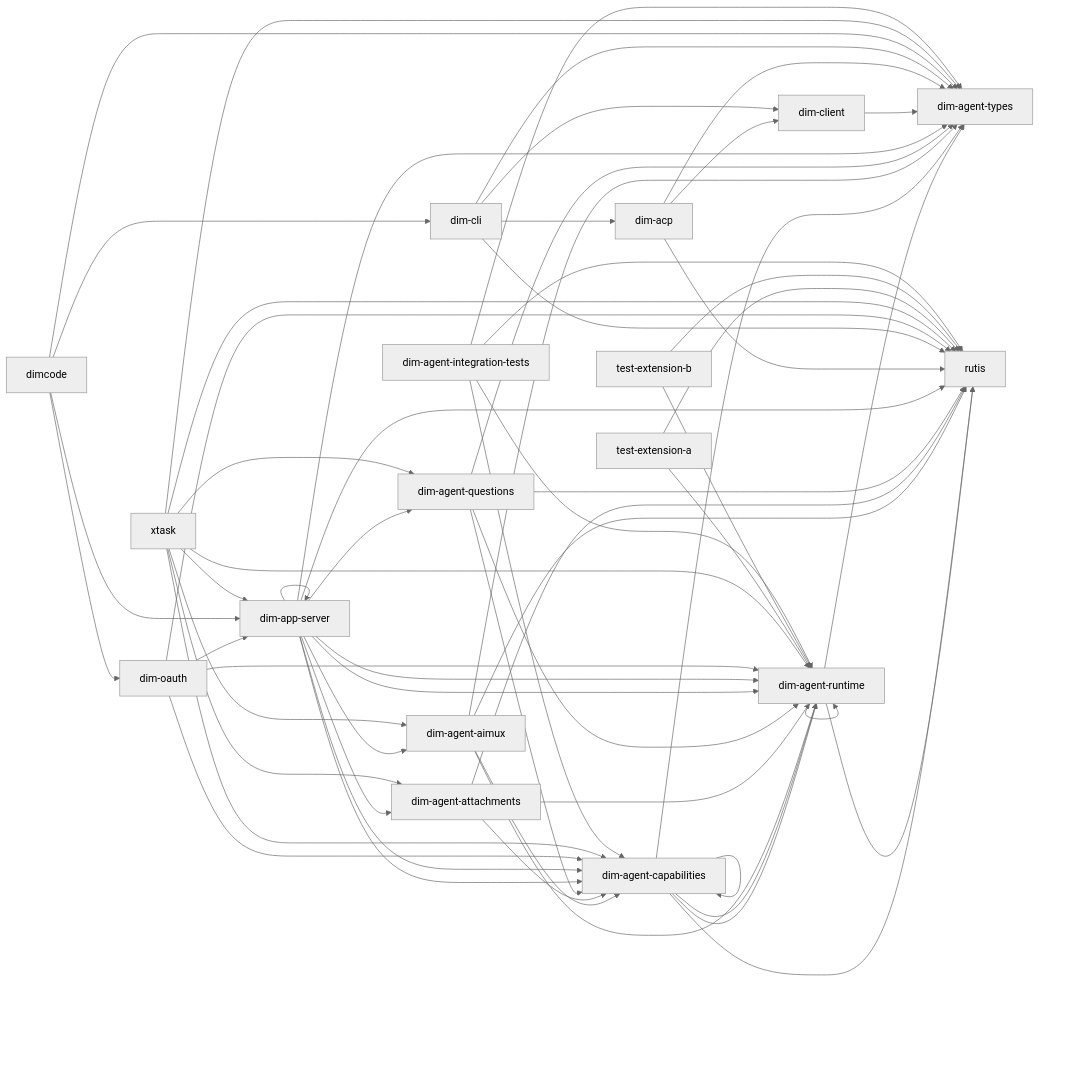
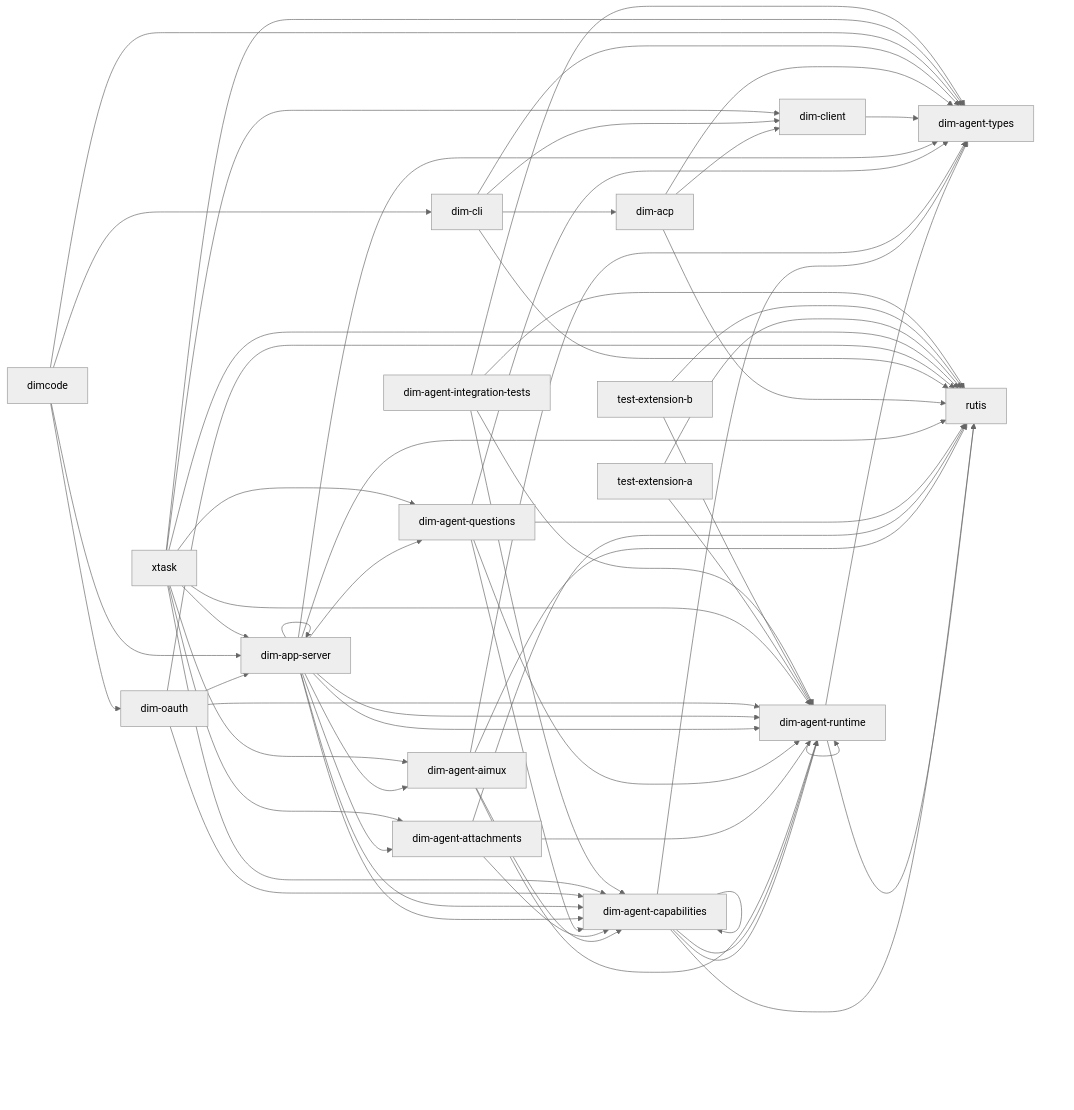
Before and after one commit to CoutinhoTTS/dim-agent: the diagram in docs/architecture/rust-agent/generated/crates.mmd, drawn with Mermaid (neutral theme). The commit also changed 10 other files, not shown here.

```diff
--- a/docs/architecture/rust-agent/generated/crates.mmd
+++ b/docs/architecture/rust-agent/generated/crates.mmd
@@ -1,63 +1,64 @@
 %% Generated from cargo metadata; do not edit.
 flowchart LR
   dim_agent_runtime["dim-agent-runtime"] --> dim_agent_types["dim-agent-types"]
   dim_agent_runtime["dim-agent-runtime"] --> rutis["rutis"]
   dim_agent_runtime["dim-agent-runtime"] --> dim_agent_runtime["dim-agent-runtime"]
   dim_agent_capabilities["dim-agent-capabilities"] --> dim_agent_runtime["dim-agent-runtime"]
   dim_agent_capabilities["dim-agent-capabilities"] --> dim_agent_types["dim-agent-types"]
   dim_agent_capabilities["dim-agent-capabilities"] --> rutis["rutis"]
   dim_agent_capabilities["dim-agent-capabilities"] --> dim_agent_capabilities["dim-agent-capabilities"]
   dim_agent_capabilities["dim-agent-capabilities"] --> dim_agent_runtime["dim-agent-runtime"]
   dim_agent_aimux["dim-agent-aimux"] --> dim_agent_capabilities["dim-agent-capabilities"]
   dim_agent_aimux["dim-agent-aimux"] --> dim_agent_runtime["dim-agent-runtime"]
   dim_agent_aimux["dim-agent-aimux"] --> dim_agent_types["dim-agent-types"]
   dim_agent_aimux["dim-agent-aimux"] --> rutis["rutis"]
   dim_agent_attachments["dim-agent-attachments"] --> dim_agent_capabilities["dim-agent-capabilities"]
   dim_agent_attachments["dim-agent-attachments"] --> dim_agent_runtime["dim-agent-runtime"]
   dim_agent_attachments["dim-agent-attachments"] --> rutis["rutis"]
   dim_agent_questions["dim-agent-questions"] --> dim_agent_capabilities["dim-agent-capabilities"]
   dim_agent_questions["dim-agent-questions"] --> dim_agent_runtime["dim-agent-runtime"]
   dim_agent_questions["dim-agent-questions"] --> dim_agent_types["dim-agent-types"]
   dim_agent_questions["dim-agent-questions"] --> rutis["rutis"]
   dim_app_server["dim-app-server"] --> dim_agent_aimux["dim-agent-aimux"]
   dim_app_server["dim-app-server"] --> dim_agent_attachments["dim-agent-attachments"]
   dim_app_server["dim-app-server"] --> dim_agent_capabilities["dim-agent-capabilities"]
   dim_app_server["dim-app-server"] --> dim_agent_questions["dim-agent-questions"]
   dim_app_server["dim-app-server"] --> dim_agent_runtime["dim-agent-runtime"]
   dim_app_server["dim-app-server"] --> dim_agent_types["dim-agent-types"]
   dim_app_server["dim-app-server"] --> rutis["rutis"]
   dim_app_server["dim-app-server"] --> dim_agent_capabilities["dim-agent-capabilities"]
   dim_app_server["dim-app-server"] --> dim_agent_runtime["dim-agent-runtime"]
   dim_app_server["dim-app-server"] --> dim_app_server["dim-app-server"]
   dim_client["dim-client"] --> dim_agent_types["dim-agent-types"]
   dim_acp["dim-acp"] --> dim_agent_types["dim-agent-types"]
   dim_acp["dim-acp"] --> dim_client["dim-client"]
   dim_acp["dim-acp"] --> rutis["rutis"]
   dim_cli["dim-cli"] --> dim_acp["dim-acp"]
   dim_cli["dim-cli"] --> dim_agent_types["dim-agent-types"]
   dim_cli["dim-cli"] --> dim_client["dim-client"]
   dim_cli["dim-cli"] --> rutis["rutis"]
   dim_oauth["dim-oauth"] --> dim_agent_capabilities["dim-agent-capabilities"]
   dim_oauth["dim-oauth"] --> dim_agent_runtime["dim-agent-runtime"]
   dim_oauth["dim-oauth"] --> dim_app_server["dim-app-server"]
   dim_oauth["dim-oauth"] --> rutis["rutis"]
   dimcode["dimcode"] --> dim_app_server["dim-app-server"]
   dimcode["dimcode"] --> dim_cli["dim-cli"]
   dimcode["dimcode"] --> dim_oauth["dim-oauth"]
   dimcode["dimcode"] --> dim_agent_types["dim-agent-types"]
   xtask["xtask"] --> dim_agent_aimux["dim-agent-aimux"]
   xtask["xtask"] --> dim_agent_attachments["dim-agent-attachments"]
   xtask["xtask"] --> dim_agent_capabilities["dim-agent-capabilities"]
   xtask["xtask"] --> dim_agent_questions["dim-agent-questions"]
   xtask["xtask"] --> dim_agent_runtime["dim-agent-runtime"]
   xtask["xtask"] --> dim_agent_types["dim-agent-types"]
   xtask["xtask"] --> dim_app_server["dim-app-server"]
+  xtask["xtask"] --> dim_client["dim-client"]
   xtask["xtask"] --> rutis["rutis"]
   test_extension_a["test-extension-a"] --> dim_agent_runtime["dim-agent-runtime"]
   test_extension_a["test-extension-a"] --> rutis["rutis"]
   test_extension_b["test-extension-b"] --> dim_agent_runtime["dim-agent-runtime"]
   test_extension_b["test-extension-b"] --> rutis["rutis"]
   dim_agent_integration_tests["dim-agent-integration-tests"] --> dim_agent_capabilities["dim-agent-capabilities"]
   dim_agent_integration_tests["dim-agent-integration-tests"] --> dim_agent_runtime["dim-agent-runtime"]
   dim_agent_integration_tests["dim-agent-integration-tests"] --> dim_agent_types["dim-agent-types"]
   dim_agent_integration_tests["dim-agent-integration-tests"] --> rutis["rutis"]
```
